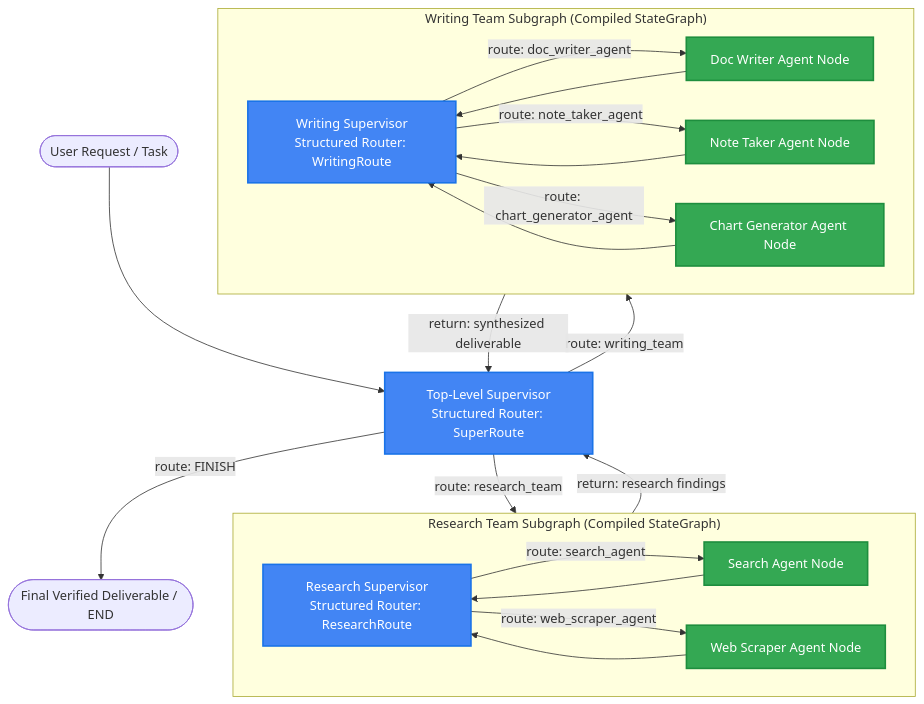
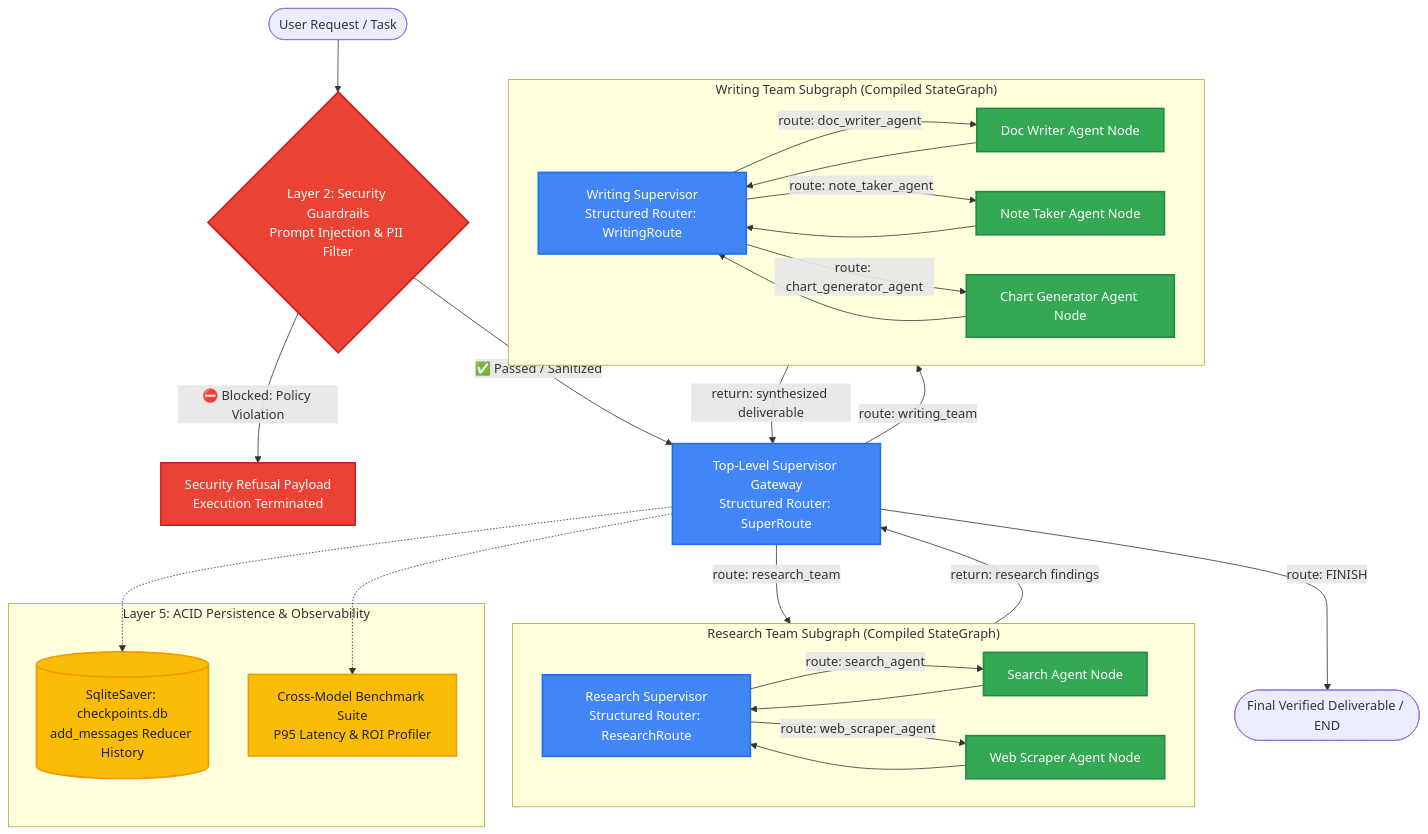
Before and after one commit to BigBro2454/langgraph-agent-workflows: the first of 6 diagrams in README.md, drawn with Mermaid. The commit also changed other lines of this file and 10 other files, not shown here.

Commit message:
feat: implement multi-stage security guardrails, token economics benchmark suite, and interactive architecture dashboard

````diff
--- a/README.md
+++ b/README.md
@@ -35,40 +40,54 @@
 ```mermaid
 graph TD
-    User([User Request / Task]) --> TopSuper[Top-Level Supervisor<br/>Structured Router: SuperRoute]
+    User([User Request / Task]) --> GuardrailGate{Layer 2: Security Guardrails<br/>Prompt Injection & PII Filter}
+    
+    GuardrailGate -->|⛔ Blocked: Policy Violation| Refusal[Security Refusal Payload<br/>Execution Terminated]
+    GuardrailGate -->|✅ Passed / Sanitized| TopSuper[Top-Level Supervisor Gateway<br/>Structured Router: SuperRoute]
     
     subgraph ResearchTeam ["Research Team Subgraph (Compiled StateGraph)"]
         RSup[Research Supervisor<br/>Structured Router: ResearchRoute]
         SNode[Search Agent Node]
         WNode[Web Scraper Agent Node]
         RSup -->|route: search_agent| SNode
         RSup -->|route: web_scraper_agent| WNode
         SNode --> RSup
         WNode --> RSup
     end
 
     subgraph WritingTeam ["Writing Team Subgraph (Compiled StateGraph)"]
         WSup[Writing Supervisor<br/>Structured Router: WritingRoute]
         DocNode[Doc Writer Agent Node]
         NoteNode[Note Taker Agent Node]
         ChartNode[Chart Generator Agent Node]
         WSup -->|route: doc_writer_agent| DocNode
         WSup -->|route: note_taker_agent| NoteNode
         WSup -->|route: chart_generator_agent| ChartNode
         DocNode --> WSup
         NoteNode --> WSup
         ChartNode --> WSup
     end
 
     TopSuper -->|route: research_team| ResearchTeam
     ResearchTeam -->|return: research findings| TopSuper
     TopSuper -->|route: writing_team| WritingTeam
     WritingTeam -->|return: synthesized deliverable| TopSuper
     TopSuper -->|route: FINISH| Deliverable([Final Verified Deliverable / END])
 
+    subgraph Storage ["Layer 5: ACID Persistence & Observability"]
+        SqliteDB[(SqliteSaver: checkpoints.db<br/>add_messages Reducer History)]
+        Benchmarker[Cross-Model Benchmark Suite<br/>P95 Latency & ROI Profiler]
+    end
+
+    TopSuper -.-> SqliteDB
+    TopSuper -.-> Benchmarker
+
     classDef supervisor fill:#4285F4,stroke:#1a73e8,stroke-width:2px,color:#ffffff;
     classDef worker fill:#34A853,stroke:#1e8e3e,stroke-width:2px,color:#ffffff;
-    classDef subgraphBox fill:#f8f9fa,stroke:#dadce0,stroke-width:1px,color:#202124;
+    classDef guard fill:#EA4335,stroke:#c5221f,stroke-width:2px,color:#ffffff;
+    classDef storage fill:#FBBC05,stroke:#f29900,stroke-width:2px,color:#202124;
 
     class TopSuper,RSup,WSup supervisor;
     class SNode,WNode,DocNode,NoteNode,ChartNode worker;
+    class GuardrailGate,Refusal guard;
+    class SqliteDB,Benchmarker storage;
 ```
````
